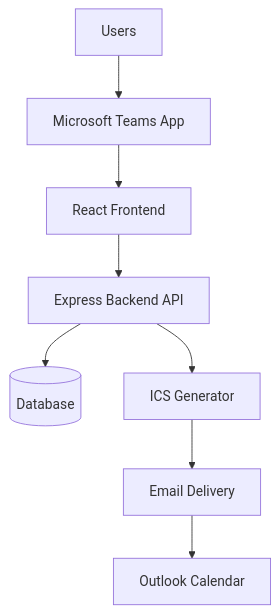
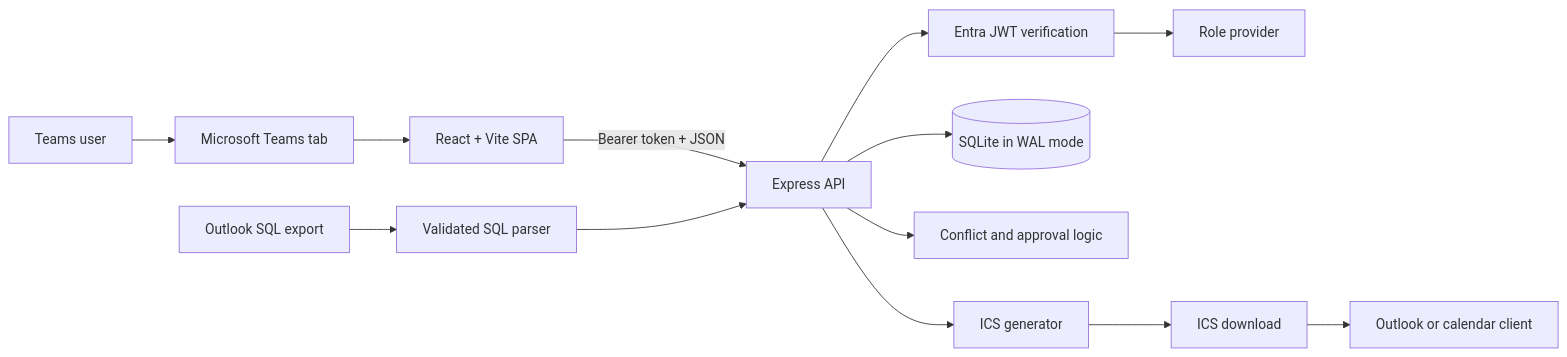
The first of 2 diagrams in docs/architecture.md (microsoft/InternPing-Website), drawn with Mermaid before and after one commit. The commit also changed other lines of this file and 6 other files, not shown here.

Commit message:
Rewrite docs from application architecture

````diff
--- a/docs/architecture.md
+++ b/docs/architecture.md
@@ -12,10 +12,15 @@
 ```mermaid
-flowchart TD
-    U[Users] --> T[Microsoft Teams App]
-    T --> R[React Frontend]
-    R --> E[Express Backend API]
-    E --> D[(Database)]
-    E --> I[ICS Generator]
-    I --> M[Email Delivery]
-    M --> O[Outlook Calendar]
+flowchart LR
+    U[Teams user] --> T[Microsoft Teams tab]
+    T --> R[React + Vite SPA]
+    R -->|Bearer token + JSON| A[Express API]
+    A --> J[Entra JWT verification]
+    J --> P[Role provider]
+    A --> S[(SQLite in WAL mode)]
+    A --> C[Conflict and approval logic]
+    A --> I[ICS generator]
+    O[Outlook SQL export] --> X[Validated SQL parser]
+    X --> A
+    I --> D[ICS download]
+    D --> OC[Outlook or calendar client]
 ```
````
